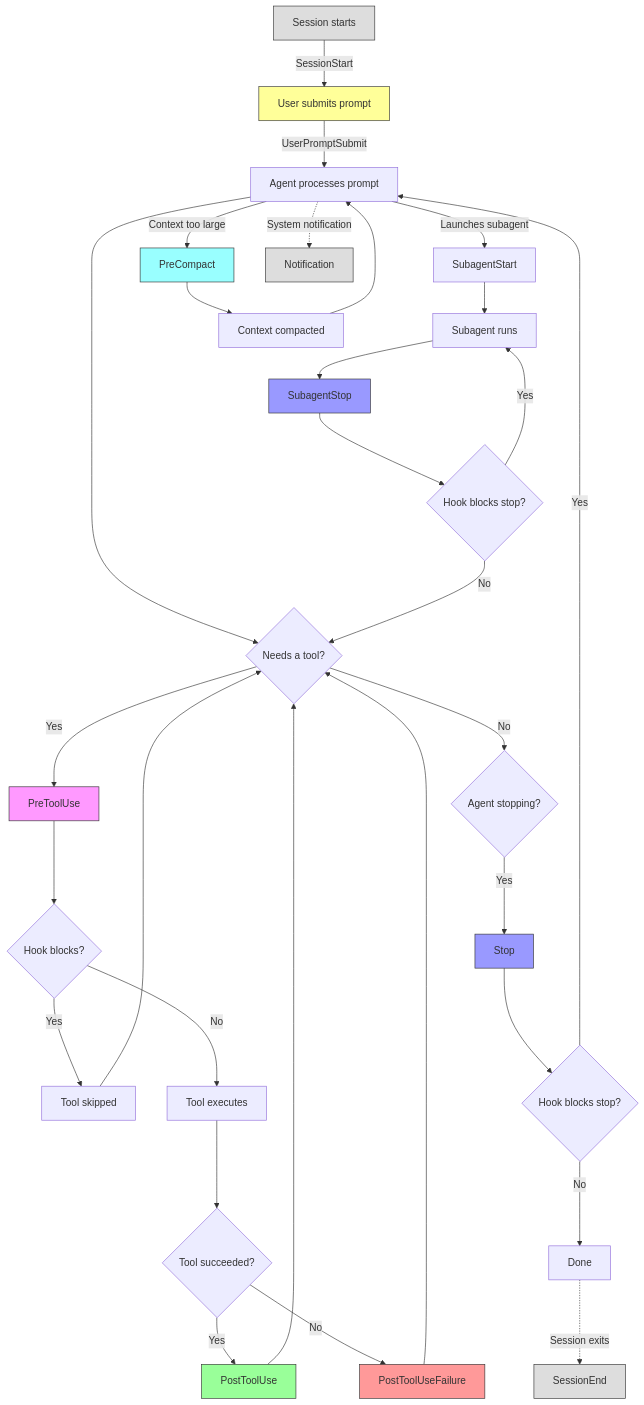
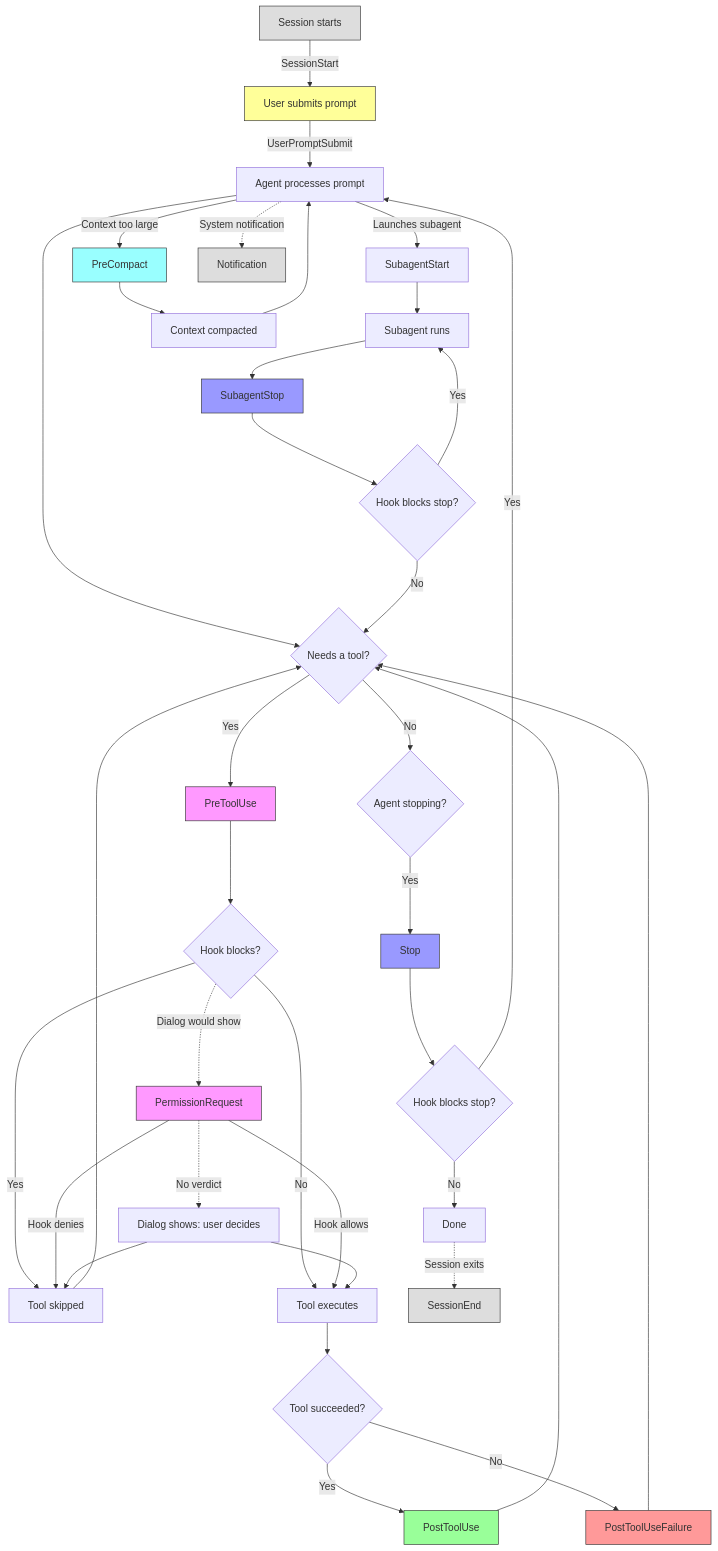
The diagram in docs/guide/how-it-works.qmd (yasyf/captain-hook), drawn with Mermaid before and after one commit. The commit also changed other lines of this file and 13 other files, not shown here.

First line of the commit message:
docs: PermissionRequest event, permission primitives, and fixes pack

````diff
--- a/docs/guide/how-it-works.qmd
+++ b/docs/guide/how-it-works.qmd
@@ -25,46 +25,53 @@
 ```{mermaid}
 flowchart TD
     W[Session starts] -->|SessionStart| A[User submits prompt]
     A -->|UserPromptSubmit| B[Agent processes prompt]
     B --> C{Needs a tool?}
     C -->|Yes| D[PreToolUse]
     D --> E{Hook blocks?}
     E -->|Yes| F[Tool skipped]
     E -->|No| G[Tool executes]
+    E -.->|Dialog would show| X[PermissionRequest]
+    X -->|Hook allows| G
+    X -->|Hook denies| F
+    X -.->|No verdict| Y[Dialog shows: user decides]
+    Y --> G
+    Y --> F
     G --> H{Tool succeeded?}
     H -->|Yes| I[PostToolUse]
     H -->|No| J[PostToolUseFailure]
     I --> C
     J --> C
     F --> C
     C -->|No| K{Agent stopping?}
     K -->|Yes| L[Stop]
     L --> M{Hook blocks stop?}
     M -->|Yes| B
     M -->|No| N[Done]
 
     B -->|Launches subagent| O[SubagentStart]
     O --> P[Subagent runs]
     P --> Q[SubagentStop]
     Q --> R{Hook blocks stop?}
     R -->|Yes| P
     R -->|No| C
 
     B -->|Context too large| S[PreCompact]
     S --> T[Context compacted]
     T --> B
 
     B -.->|System notification| U[Notification]
     N -.->|Session exits| V[SessionEnd]
 
     style D fill:#f9f,stroke:#333
+    style X fill:#f9f,stroke:#333
     style I fill:#9f9,stroke:#333
     style J fill:#f99,stroke:#333
     style L fill:#99f,stroke:#333
     style Q fill:#99f,stroke:#333
     style A fill:#ff9,stroke:#333
     style S fill:#9ff,stroke:#333
     style U fill:#ddd,stroke:#333
     style V fill:#ddd,stroke:#333
     style W fill:#ddd,stroke:#333
 ```
````
